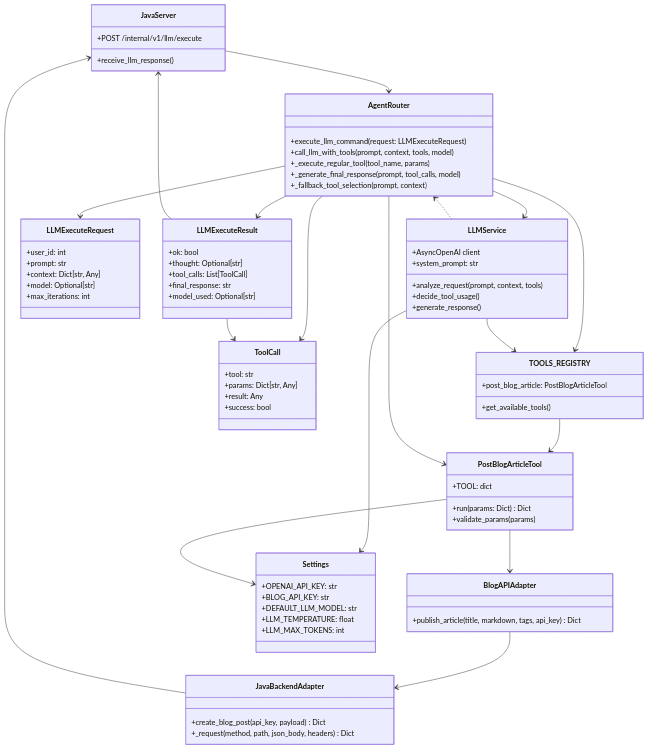
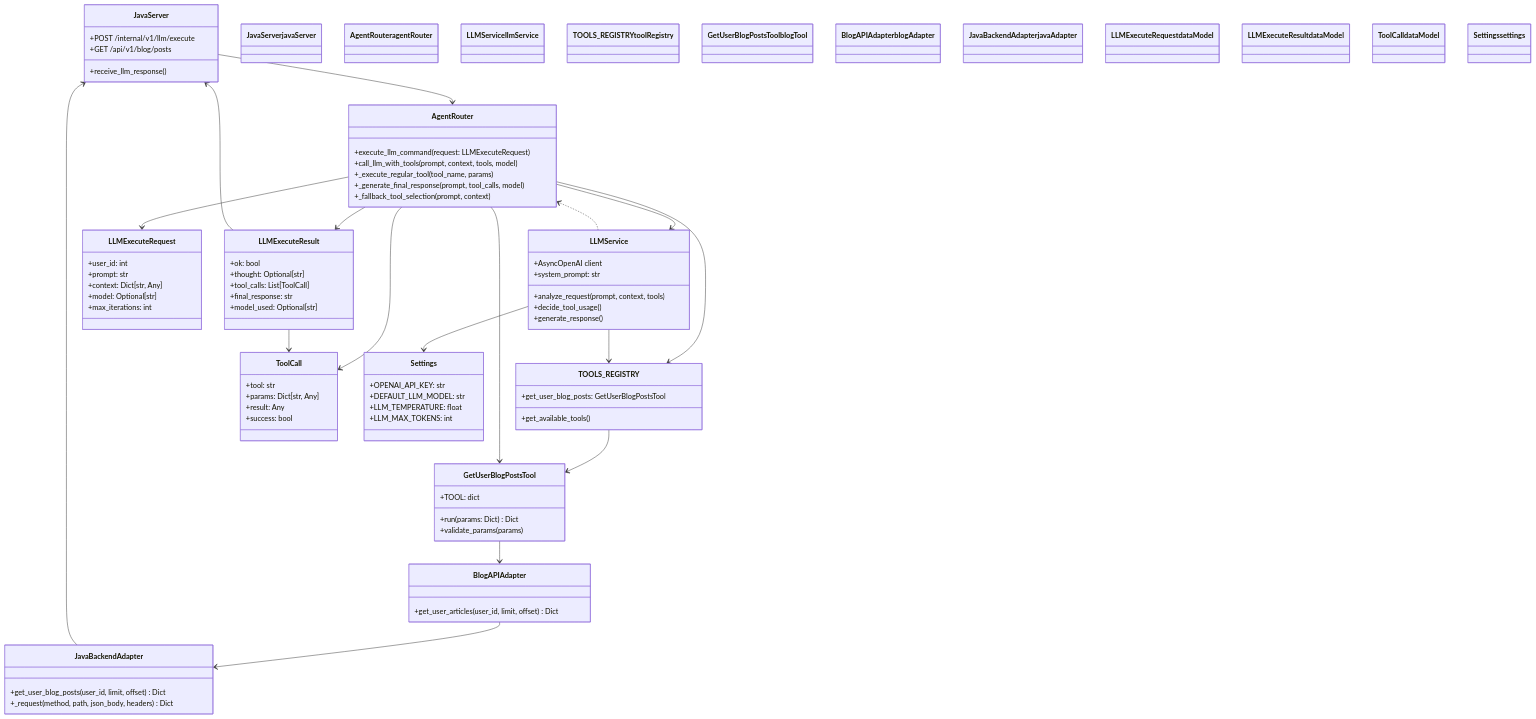
The first of 4 diagrams in DIAGRAMS.md (KONKUK-CLOG/ai-repo), drawn with Mermaid before and after one commit. The commit also changed other lines of this file and 9 other files, not shown here.

````diff
--- a/DIAGRAMS.md
+++ b/DIAGRAMS.md
@@ -12,6 +12,7 @@
     class JavaServer {
         +POST /internal/v1/llm/execute
         +receive_llm_response()
+        +GET /api/v1/blog/posts
     }
 
     %% FastAPI Router Layer
@@ -34,12 +35,12 @@
 
     %% Tool Registry
     class TOOLS_REGISTRY {
-        +post_blog_article: PostBlogArticleTool
+        +get_user_blog_posts: GetUserBlogPostsTool
         +get_available_tools()
     }
 
     %% MCP Tool
-    class PostBlogArticleTool {
+    class GetUserBlogPostsTool {
         +TOOL: dict
         +run(params: Dict) Dict
         +validate_params(params)
@@ -47,11 +48,11 @@
 
     %% Adapter Layer
     class BlogAPIAdapter {
-        +publish_article(title, markdown, tags, api_key) Dict
+        +get_user_articles(user_id, limit, offset) Dict
     }
 
     class JavaBackendAdapter {
-        +create_blog_post(api_key, payload) Dict
+        +get_user_blog_posts(user_id, limit, offset) Dict
         +_request(method, path, json_body, headers) Dict
     }
 
@@ -81,7 +82,6 @@
 
     class Settings {
         +OPENAI_API_KEY: str
-        +BLOG_API_KEY: str
         +DEFAULT_LLM_MODEL: str
         +LLM_TEMPERATURE: float
         +LLM_MAX_TOKENS: int
@@ -99,10 +99,9 @@
     LLMService --> TOOLS_REGISTRY
     LLMService ..> AgentRouter
 
-    TOOLS_REGISTRY --> PostBlogArticleTool
-    AgentRouter --> PostBlogArticleTool
-    PostBlogArticleTool --> BlogAPIAdapter
-    PostBlogArticleTool --> Settings
+    TOOLS_REGISTRY --> GetUserBlogPostsTool
+    AgentRouter --> GetUserBlogPostsTool
+    GetUserBlogPostsTool --> BlogAPIAdapter
     BlogAPIAdapter --> JavaBackendAdapter
     JavaBackendAdapter --> JavaServer
 
@@ -119,5 +118,17 @@
     classDef javaAdapter fill:#e67e22,stroke:#d35400,stroke-width:3px,color:#fff
     classDef dataModel fill:#95a5a6,stroke:#7f8c8d,stroke-width:3px,color:#fff
     classDef settings fill:#34495e,stroke:#2c3e50,stroke-width:3px,color:#fff
+    
+    class JavaServer javaServer
+    class AgentRouter agentRouter
+    class LLMService llmService
+    class TOOLS_REGISTRY toolRegistry
+    class GetUserBlogPostsTool blogTool
+    class BlogAPIAdapter blogAdapter
+    class JavaBackendAdapter javaAdapter
+    class LLMExecuteRequest dataModel
+    class LLMExecuteResult dataModel
+    class ToolCall dataModel
+    class Settings settings
 
 ```
````
